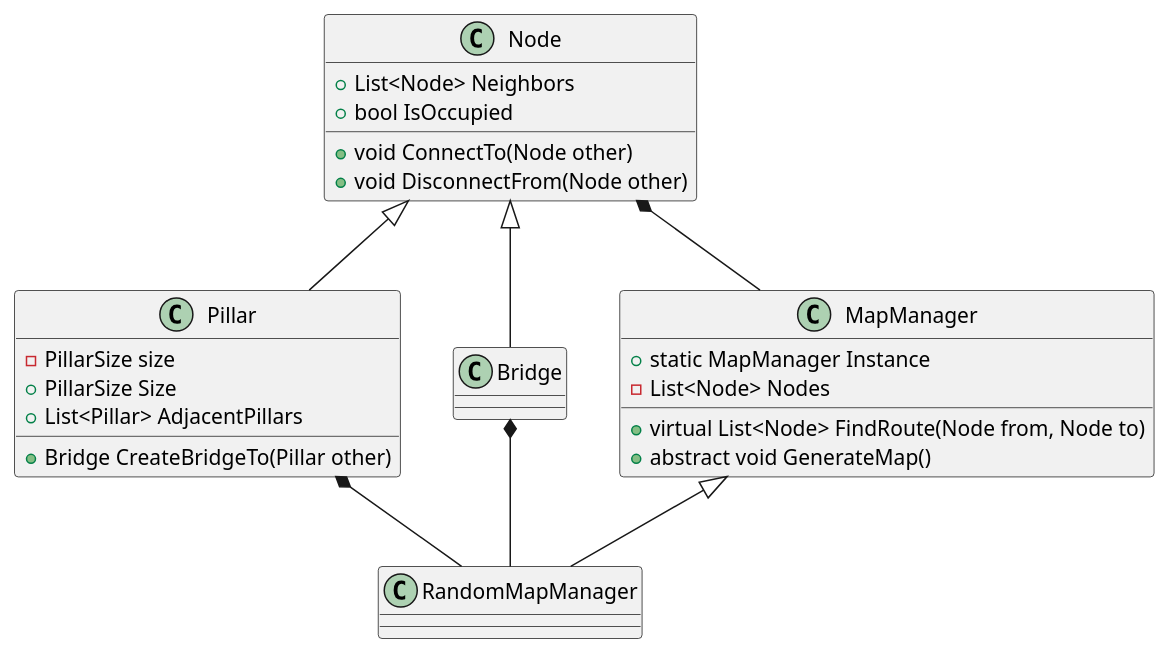
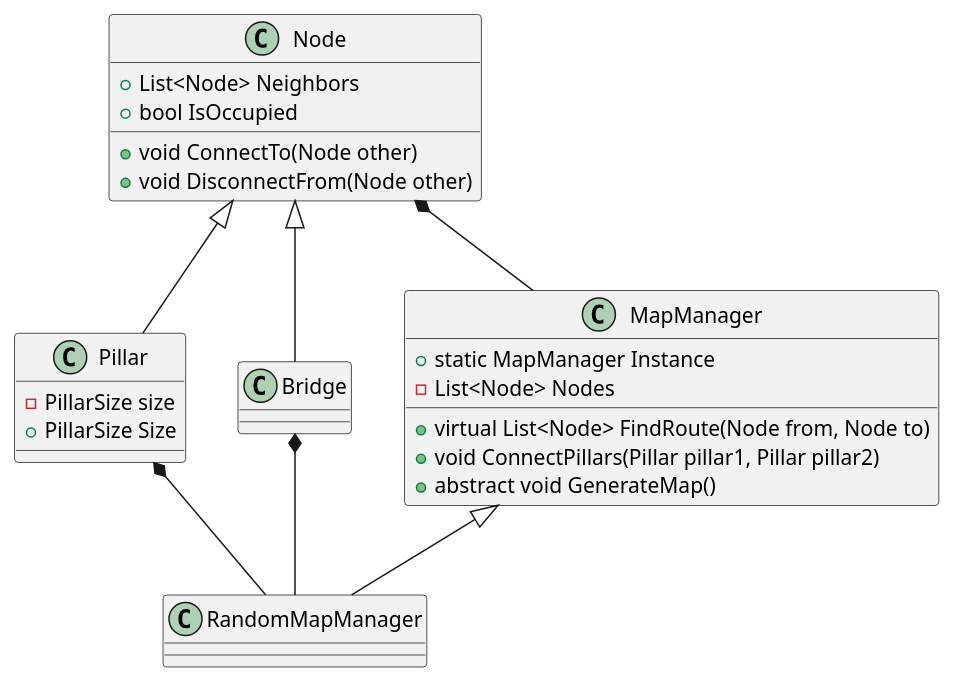
Before and after one commit to sadgabriel/Spider: the diagram in Assets/Scripts/ClassDiagram.puml, drawn with PlantUML. The commit also changed 10 other files, not shown here.

```diff
--- a/Assets/Scripts/ClassDiagram.puml
+++ b/Assets/Scripts/ClassDiagram.puml
@@ -1,37 +1,36 @@
 @startuml ClassDiagram
 class Node {
     +List<Node> Neighbors
     +bool IsOccupied
     +void ConnectTo(Node other)
     +void DisconnectFrom(Node other)
 }
 
 class Pillar {
     -PillarSize size
     +PillarSize Size
-    +List<Pillar> AdjacentPillars
-    +Bridge CreateBridgeTo(Pillar other)
 }
 
 class Bridge{
 
 }
 
 class MapManager {
     +static MapManager Instance
     -List<Node> Nodes
     +virtual List<Node> FindRoute(Node from, Node to)
+    +void ConnectPillars(Pillar pillar1, Pillar pillar2)
     +abstract void GenerateMap()
 }
 
 class RandomMapManager {
 
 }
 
 Node <|-- Pillar
 Node <|-- Bridge
 MapManager <|-- RandomMapManager
 Node *-- MapManager
 Pillar *-- RandomMapManager
 Bridge *-- RandomMapManager
 @enduml
```
